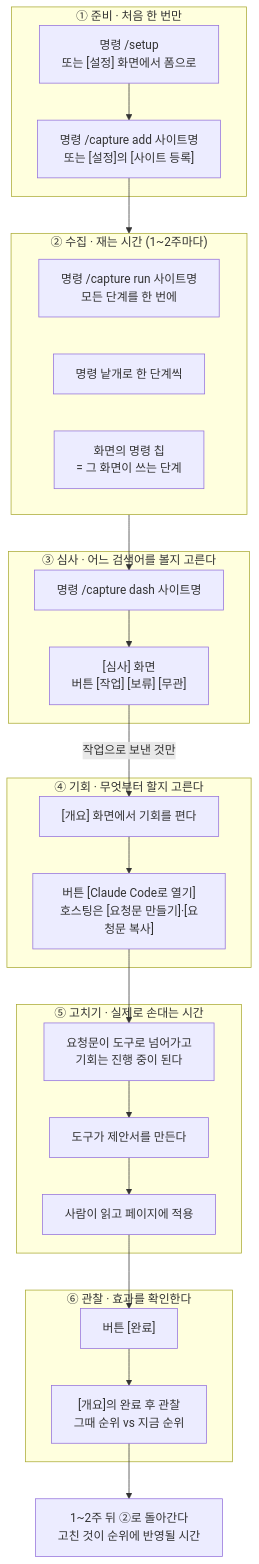
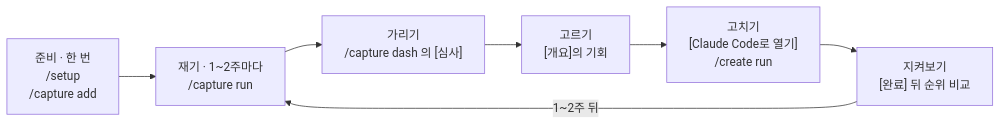
The diagram in README.md (seanjr2847/seo-miner), drawn with Mermaid before and after one commit. The commit also changed other lines of this file and 3 other files, not shown here.

````diff
--- a/README.md
+++ b/README.md
@@ -57,47 +193,9 @@
 ```mermaid
-flowchart TD
-  subgraph Z1 ["① 준비 · 처음 한 번만"]
-    A1["명령 /setup<br/>또는 [설정] 화면에서 폼으로"]
-    A2["명령 /capture add 사이트명<br/>또는 [설정]의 [사이트 등록]"]
-    A1 --> A2
-  end
-
-  subgraph Z2 ["② 수집 · 재는 시간 (1~2주마다)"]
-    B1["명령 /capture run 사이트명<br/>모든 단계를 한 번에"]
-    B2["명령 낱개로 한 단계씩"]
-    B3["화면의 명령 칩<br/>= 그 화면이 쓰는 단계"]
-  end
-
-  subgraph Z3 ["③ 심사 · 어느 검색어를 볼지 고른다"]
-    C1["명령 /capture dash 사이트명"]
-    C2["[심사] 화면<br/>버튼 [작업] [보류] [무관]"]
-    C1 --> C2
-  end
-
-  subgraph Z4 ["④ 기회 · 무엇부터 할지 고른다"]
-    D1["[개요] 화면에서 기회를 편다"]
-    D2["버튼 [Claude Code로 열기]<br/>호스팅은 [요청문 만들기]·[요청문 복사]"]
-    D1 --> D2
-  end
-
-  subgraph Z5 ["⑤ 고치기 · 실제로 손대는 시간"]
-    E1["요청문이 도구로 넘어가고<br/>기회는 진행 중이 된다"]
-    E2["도구가 제안서를 만든다"]
-    E3["사람이 읽고 페이지에 적용"]
-    E1 --> E2 --> E3
-  end
-
-  subgraph Z6 ["⑥ 관찰 · 효과를 확인한다"]
-    F1["버튼 [완료]"]
-    F2["[개요]의 완료 후 관찰<br/>그때 순위 vs 지금 순위"]
-    F1 --> F2
-  end
-
-  A2 --> Z2
-  Z2 --> C1
-  C2 -->|작업으로 보낸 것만| D1
-  D2 --> E1
-  E3 --> F1
-  F2 --> LOOP
-  LOOP["1~2주 뒤 ②로 돌아간다<br/>고친 것이 순위에 반영될 시간"]
+flowchart LR
+  A["준비 · 한 번<br/>/setup<br/>/capture add"] --> B["재기 · 1~2주마다<br/>/capture run"]
+  B --> C["가리기<br/>/capture dash 의 [심사]"]
+  C --> D["고르기<br/>[개요]의 기회"]
+  D --> E["고치기<br/>[Claude Code로 열기]<br/>/create run"]
+  E --> F["지켜보기<br/>[완료] 뒤 순위 비교"]
+  F -->|1~2주 뒤| B
 ```
````
